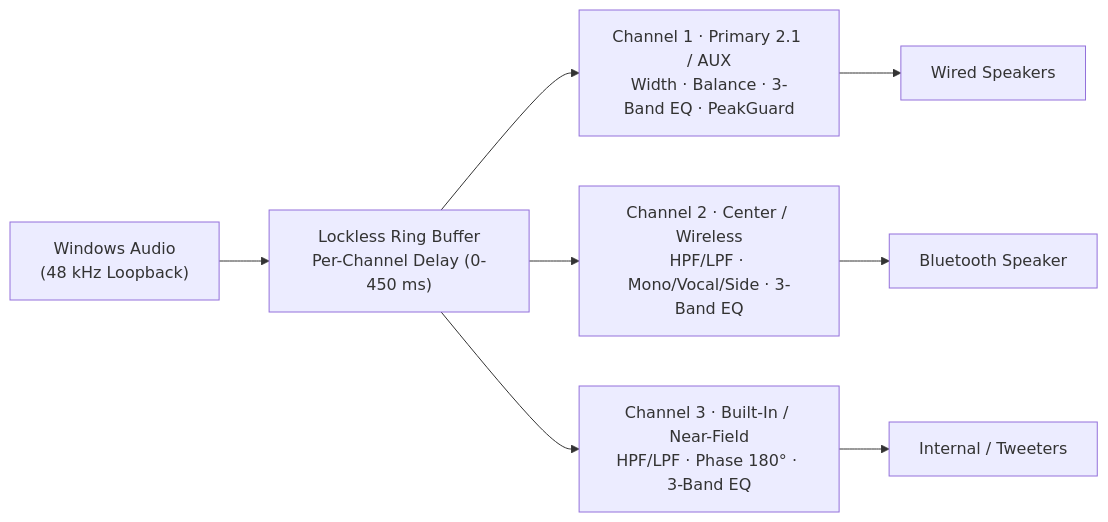
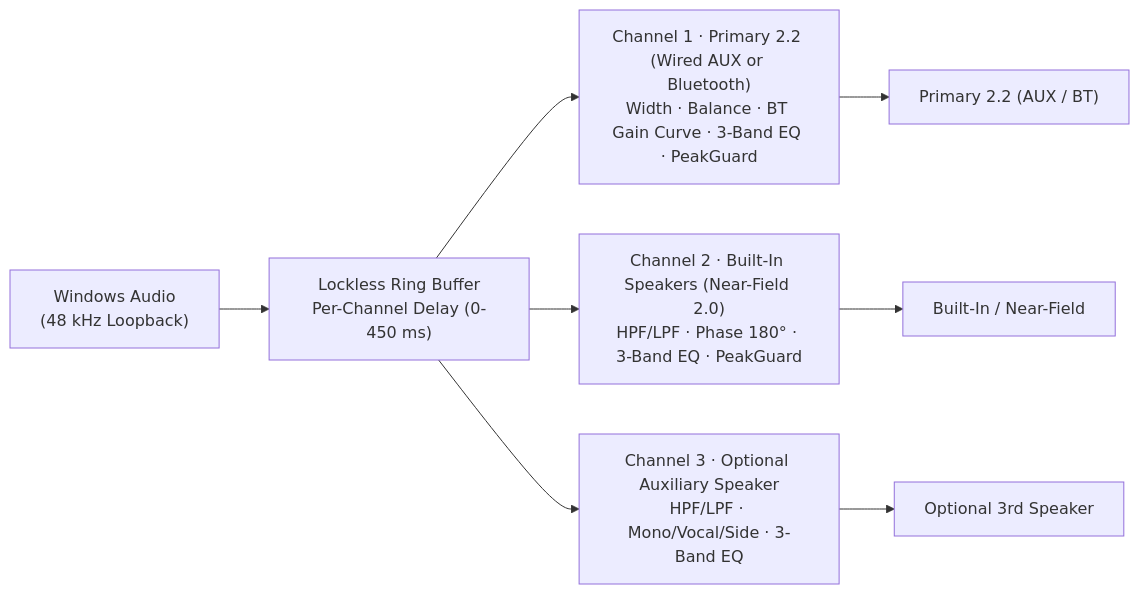
One commit to kuberbassi/PhaseMiX changed the diagram in README.md. Above: the diagram before and after it, drawn with Mermaid. The commit also changed other lines of this file and 16 other files, not shown here.

Commit message:
v3.7.2: 4.2 wired/BT soundstage, Bluetooth master gain curve, responsive UI and generic naming

````diff
--- a/README.md
+++ b/README.md
@@ -21,12 +21,12 @@
 ```mermaid
 flowchart LR
     WIN["Windows Audio\n(48 kHz Loopback)"] --> RING["Lockless Ring Buffer\nPer-Channel Delay (0-450 ms)"]
 
-    RING --> C1["Channel 1 · Primary 2.1 / AUX\nWidth · Balance · 3-Band EQ · PeakGuard"]
-    RING --> C2["Channel 2 · Center / Wireless\nHPF/LPF · Mono/Vocal/Side · 3-Band EQ"]
-    RING --> C3["Channel 3 · Built-In / Near-Field\nHPF/LPF · Phase 180° · 3-Band EQ"]
+    RING --> C1["Channel 1 · Primary 2.2 (Wired AUX or Bluetooth)\nWidth · Balance · BT Gain Curve · 3-Band EQ · PeakGuard"]
+    RING --> C2["Channel 2 · Built-In Speakers (Near-Field 2.0)\nHPF/LPF · Phase 180° · 3-Band EQ · PeakGuard"]
+    RING --> C3["Channel 3 · Optional Auxiliary Speaker\nHPF/LPF · Mono/Vocal/Side · 3-Band EQ"]
 
-    C1 --> OUT1["Wired Speakers"]
-    C2 --> OUT2["Bluetooth Speaker"]
-    C3 --> OUT3["Internal / Tweeters"]
+    C1 --> OUT1["Primary 2.2 (AUX / BT)"]
+    C2 --> OUT2["Built-In / Near-Field"]
+    C3 --> OUT3["Optional 3rd Speaker"]
 ```
````
